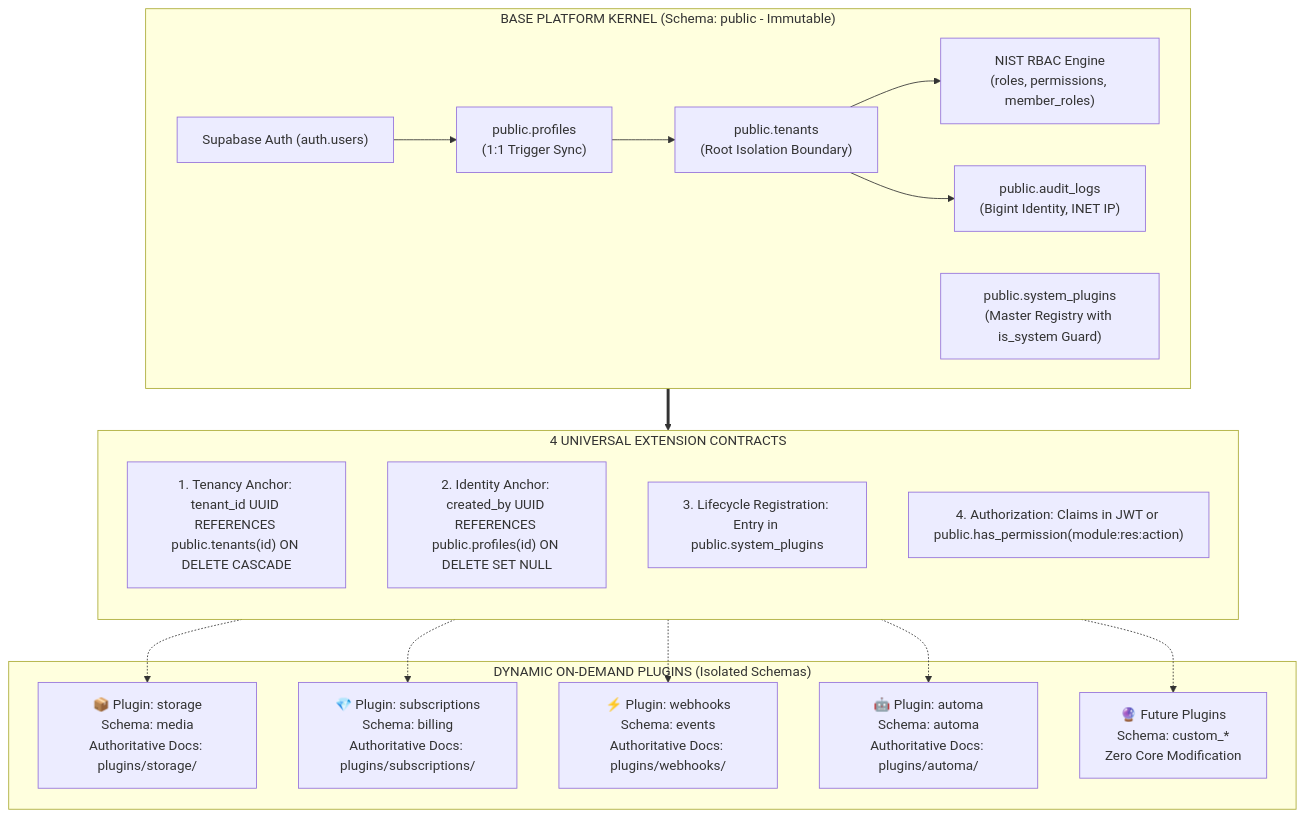
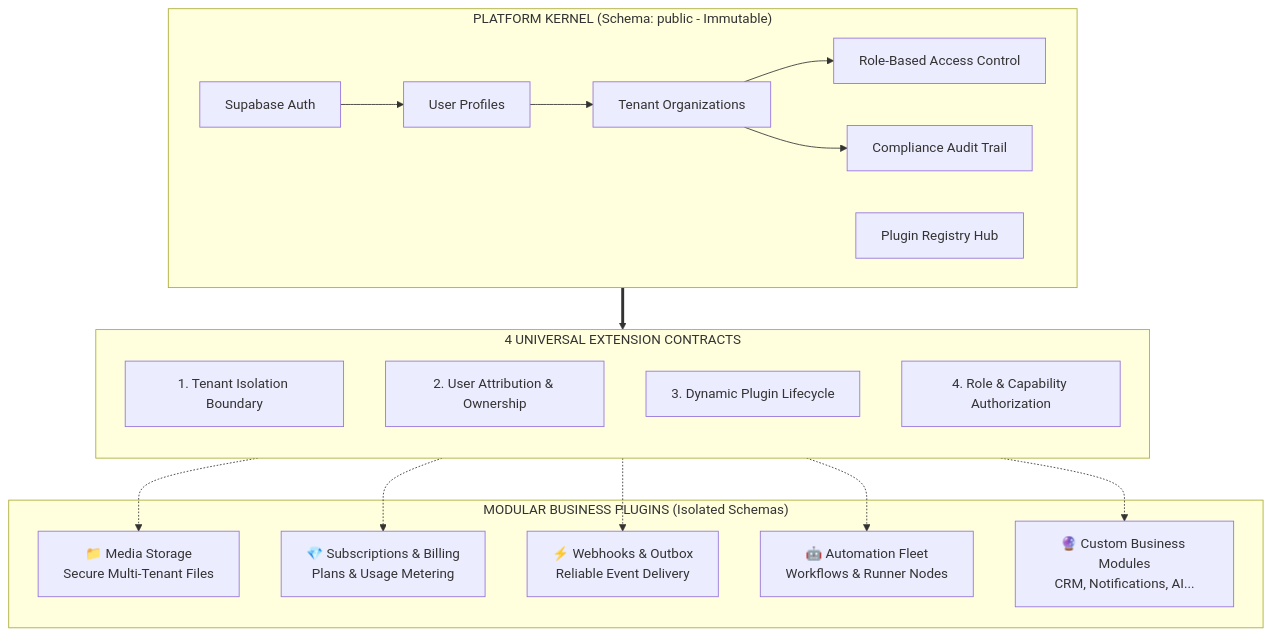
The diagram in README.md (tuquet/cloud), drawn with Mermaid before and after one commit. The commit also changed other lines of this file, not shown here.

Commit message:
docs: refine README tone to business-oriented tech with strategic SaaS value proposition

````diff
--- a/README.md
+++ b/README.md
@@ -40,40 +40,40 @@
 ```mermaid
 flowchart TD
-    subgraph KERNEL["BASE PLATFORM KERNEL (Schema: public - Immutable)"]
-        AUTH["Supabase Auth (auth.users)"]
-        PROFILES["public.profiles\n(1:1 Trigger Sync)"]
-        TENANTS["public.tenants\n(Root Isolation Boundary)"]
-        RBAC["NIST RBAC Engine\n(roles, permissions, member_roles)"]
-        AUDIT["public.audit_logs\n(Bigint Identity, INET IP)"]
-        REGISTRY["public.system_plugins\n(Master Registry with is_system Guard)"]
+    subgraph KERNEL["PLATFORM KERNEL (Schema: public - Immutable)"]
+        AUTH["Supabase Auth"]
+        PROFILES["User Profiles"]
+        TENANTS["Tenant Organizations"]
+        RBAC["Role-Based Access Control"]
+        AUDIT["Compliance Audit Trail"]
+        REGISTRY["Plugin Registry Hub"]
         
         AUTH --> PROFILES
         PROFILES --> TENANTS
         TENANTS --> RBAC
         TENANTS --> AUDIT
     end
 
     subgraph CONTRACT["4 UNIVERSAL EXTENSION CONTRACTS"]
         direction TB
-        C1["1. Tenancy Anchor: tenant_id UUID REFERENCES public.tenants(id) ON DELETE CASCADE"]
-        C2["2. Identity Anchor: created_by UUID REFERENCES public.profiles(id) ON DELETE SET NULL"]
-        C3["3. Lifecycle Registration: Entry in public.system_plugins"]
-        C4["4. Authorization: Claims in JWT or public.has_permission(module:res:action)"]
+        C1["1. Tenant Isolation Boundary"]
+        C2["2. User Attribution & Ownership"]
+        C3["3. Dynamic Plugin Lifecycle"]
+        C4["4. Role & Capability Authorization"]
     end
 
     KERNEL ==> CONTRACT
 
-    subgraph PLUGINS["DYNAMIC ON-DEMAND PLUGINS (Isolated Schemas)"]
-        STORAGE["📦 Plugin: storage\nSchema: media\nAuthoritative Docs: plugins/storage/"]
-        BILLING["💎 Plugin: subscriptions\nSchema: billing\nAuthoritative Docs: plugins/subscriptions/"]
-        EVENTS["⚡ Plugin: webhooks\nSchema: events\nAuthoritative Docs: plugins/webhooks/"]
-        AUTOMA["🤖 Plugin: automa\nSchema: automa\nAuthoritative Docs: plugins/automa/"]
-        CUSTOM["🔮 Future Plugins\nSchema: custom_*\nZero Core Modification"]
+    subgraph PLUGINS["MODULAR BUSINESS PLUGINS (Isolated Schemas)"]
+        STORAGE["📁 Media Storage\nSecure Multi-Tenant Files"]
+        BILLING["💎 Subscriptions & Billing\nPlans & Usage Metering"]
+        EVENTS["⚡ Webhooks & Outbox\nReliable Event Delivery"]
+        AUTOMA["🤖 Automation Fleet\nWorkflows & Runner Nodes"]
+        CUSTOM["🔮 Custom Business Modules\nCRM, Notifications, AI..."]
     end
 
     CONTRACT -.-> STORAGE
     CONTRACT -.-> BILLING
     CONTRACT -.-> EVENTS
     CONTRACT -.-> AUTOMA
     CONTRACT -.-> CUSTOM
 ```
````
